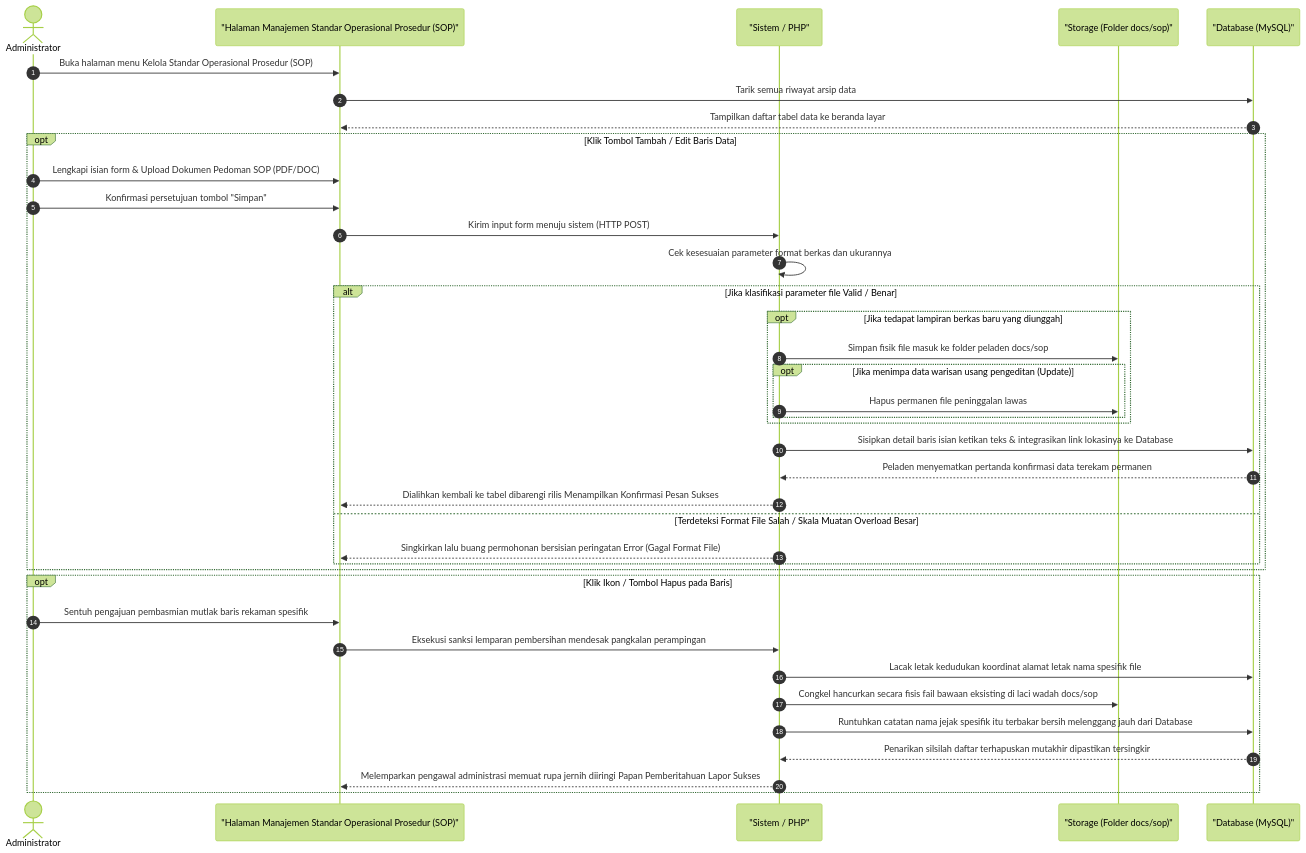
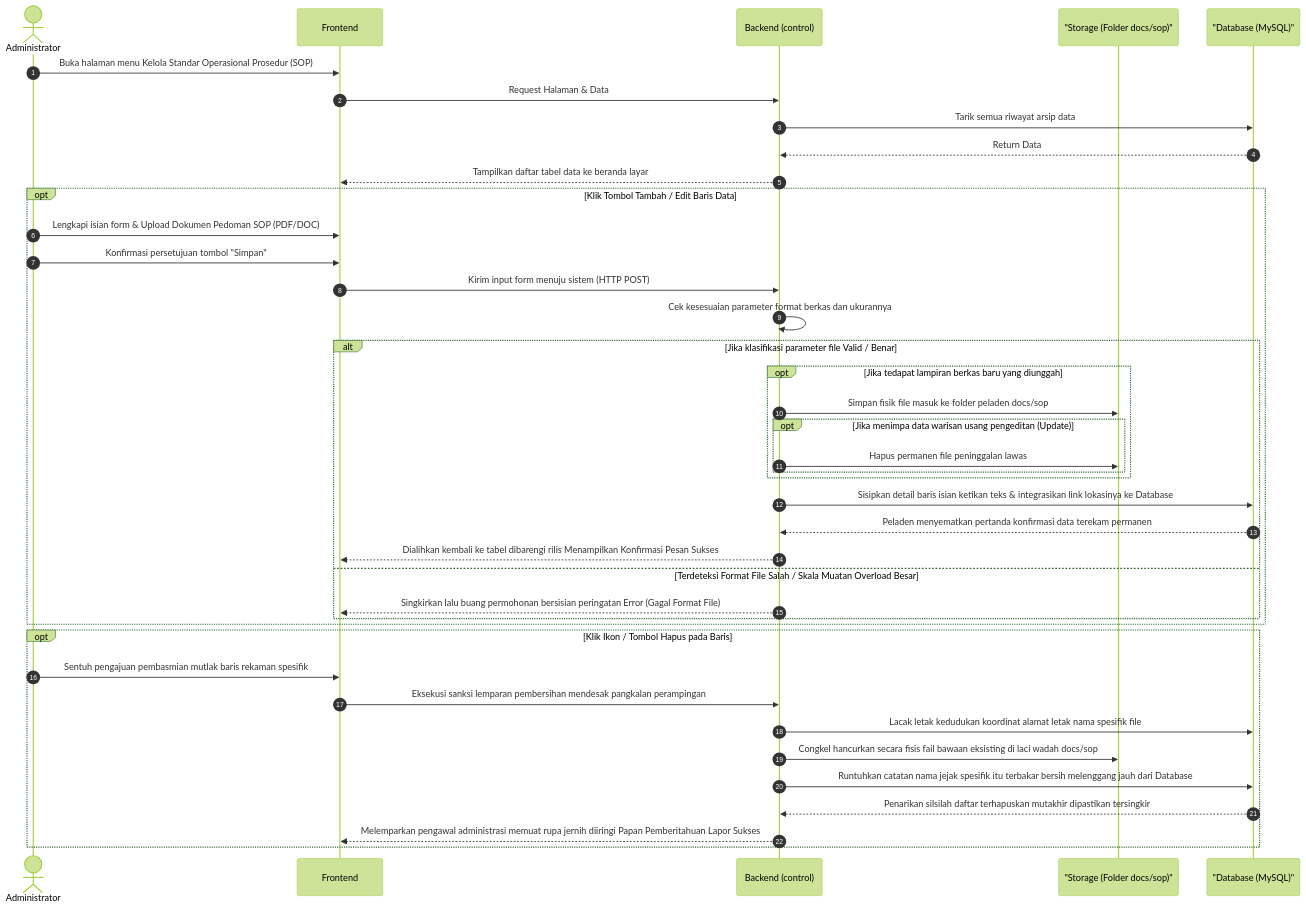
Diagram 14 of 17 in docs/kumpulan_sequence_backend.md (arbain-dev/Web_fikom), drawn with Mermaid (forest theme) before and after one commit. The commit also changed other lines of this file and 1 other file, not shown here.

Commit message:
docs: standardisasi arsitektur 3 tier (Frontend, Backend, DB) pada seluruh sequence diagram backend

````diff
--- a/docs/kumpulan_sequence_backend.md
+++ b/docs/kumpulan_sequence_backend.md
@@ -630,48 +654,50 @@
 ```mermaid
 sequenceDiagram
     autonumber
     actor Admin as Administrator
-    participant View as "Halaman Manajemen Standar Operasional Prosedur (SOP)"
-    participant System as "Sistem / PHP"
+    participant Frontend
+    participant Backend as Backend (control)
     participant Server as "Storage (Folder docs/sop)"
     participant DB as "Database (MySQL)"
 
-    Admin->>View: Buka halaman menu Kelola Standar Operasional Prosedur (SOP)
-    View->>DB: Tarik semua riwayat arsip data
-    DB-->>View: Tampilkan daftar tabel data ke beranda layar
+    Admin->>Frontend: Buka halaman menu Kelola Standar Operasional Prosedur (SOP)
+    Frontend->>Backend: Request Halaman & Data
+    Backend->>DB: Tarik semua riwayat arsip data
+    DB-->>Backend: Return Data
+    Backend-->>Frontend: Tampilkan daftar tabel data ke beranda layar
 
     %% Proses Tambah / Edit
     opt Klik Tombol Tambah / Edit Baris Data
-        Admin->>View: Lengkapi isian form & Upload Dokumen Pedoman SOP (PDF/DOC)
-        Admin->>View: Konfirmasi persetujuan tombol "Simpan"
-        View->>System: Kirim input form menuju sistem (HTTP POST)
+        Admin->>Frontend: Lengkapi isian form & Upload Dokumen Pedoman SOP (PDF/DOC)
+        Admin->>Frontend: Konfirmasi persetujuan tombol "Simpan"
+        Frontend->>Backend: Kirim input form menuju sistem (HTTP POST)
 
-        System->>System: Cek kesesuaian parameter format berkas dan ukurannya
+        Backend->>Backend: Cek kesesuaian parameter format berkas dan ukurannya
         
         alt Jika klasifikasi parameter file Valid / Benar
             opt Jika tedapat lampiran berkas baru yang diunggah
-                System->>Server: Simpan fisik file masuk ke folder peladen docs/sop
+                Backend->>Server: Simpan fisik file masuk ke folder peladen docs/sop
                 opt Jika menimpa data warisan usang pengeditan (Update)
-                    System->>Server: Hapus permanen file peninggalan lawas
+                    Backend->>Server: Hapus permanen file peninggalan lawas
                 end
             end
             
-            System->>DB: Sisipkan detail baris isian ketikan teks & integrasikan link lokasinya ke Database
-            DB-->>System: Peladen menyematkan pertanda konfirmasi data terekam permanen
-            System-->>View: Dialihkan kembali ke tabel dibarengi rilis Menampilkan Konfirmasi Pesan Sukses
+            Backend->>DB: Sisipkan detail baris isian ketikan teks & integrasikan link lokasinya ke Database
+            DB-->>Backend: Peladen menyematkan pertanda konfirmasi data terekam permanen
+            Backend-->>Frontend: Dialihkan kembali ke tabel dibarengi rilis Menampilkan Konfirmasi Pesan Sukses
         else Terdeteksi Format File Salah / Skala Muatan Overload Besar
-            System-->>View: Singkirkan lalu buang permohonan bersisian peringatan Error (Gagal Format File)
+            Backend-->>Frontend: Singkirkan lalu buang permohonan bersisian peringatan Error (Gagal Format File)
         end
     end
 
     %% Proses Hapus
     opt Klik Ikon / Tombol Hapus pada Baris
-        Admin->>View: Sentuh pengajuan pembasmian mutlak baris rekaman spesifik
-        View->>System: Eksekusi sanksi lemparan pembersihan mendesak pangkalan perampingan
-        System->>DB: Lacak letak kedudukan koordinat alamat letak nama spesifik file 
-        System->>Server: Congkel hancurkan secara fisis fail bawaan eksisting di laci wadah docs/sop
-        System->>DB: Runtuhkan catatan nama jejak spesifik itu terbakar bersih melenggang jauh dari Database
-        DB-->>System: Penarikan silsilah daftar terhapuskan mutakhir dipastikan tersingkir
-        System-->>View: Melemparkan pengawal administrasi memuat rupa jernih diiringi Papan Pemberitahuan Lapor Sukses 
+        Admin->>Frontend: Sentuh pengajuan pembasmian mutlak baris rekaman spesifik
+        Frontend->>Backend: Eksekusi sanksi lemparan pembersihan mendesak pangkalan perampingan
+        Backend->>DB: Lacak letak kedudukan koordinat alamat letak nama spesifik file 
+        Backend->>Server: Congkel hancurkan secara fisis fail bawaan eksisting di laci wadah docs/sop
+        Backend->>DB: Runtuhkan catatan nama jejak spesifik itu terbakar bersih melenggang jauh dari Database
+        DB-->>Backend: Penarikan silsilah daftar terhapuskan mutakhir dipastikan tersingkir
+        Backend-->>Frontend: Melemparkan pengawal administrasi memuat rupa jernih diiringi Papan Pemberitahuan Lapor Sukses 
     end
 ```
````
